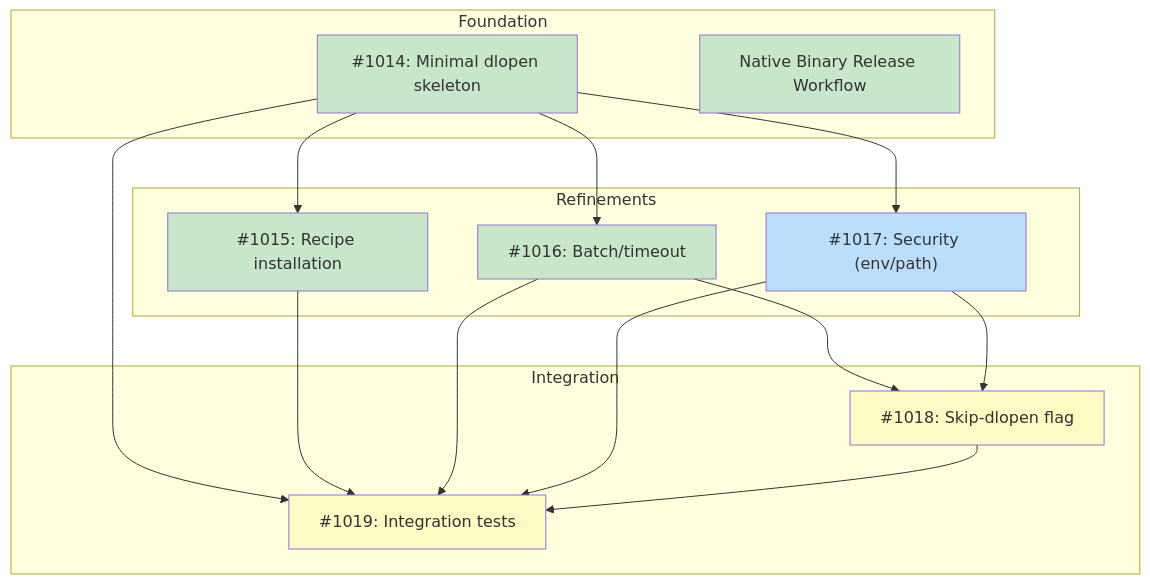
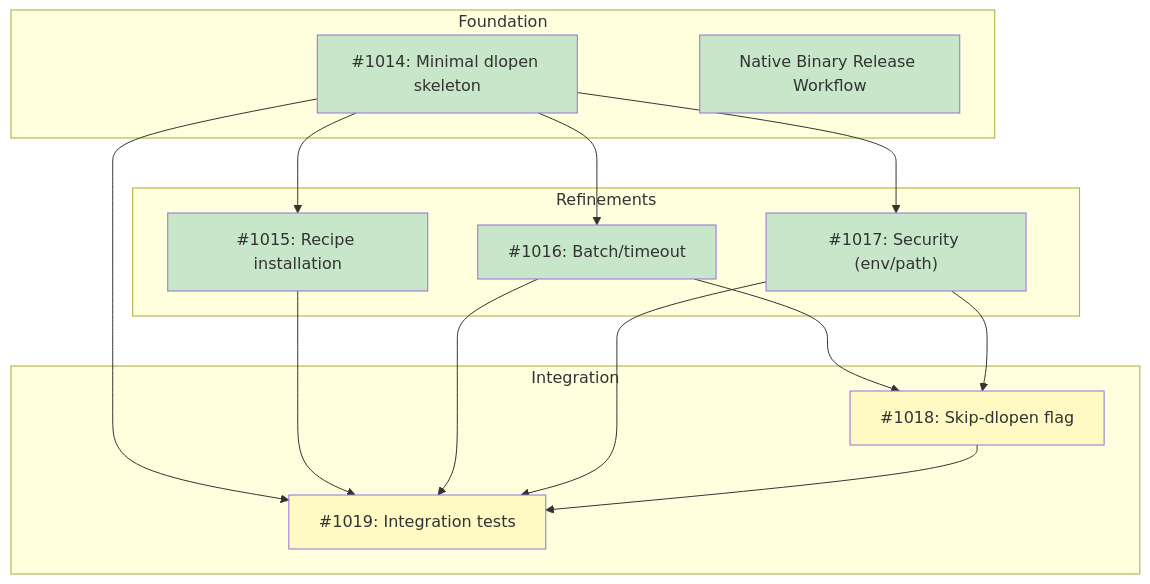
Before and after one commit to tsukumogami/tsuku: the diagram in docs/designs/DESIGN-library-verify-dlopen.md, drawn with Mermaid. The commit also changed 2 other files, not shown here.

Commit message:
feat(verify): add environment sanitization and path validation (#1080)
Add security measures to the dlopen helper invocation. The
`sanitizeEnvForHelper()` function strips dangerous loader variables
(LD_PRELOAD, LD_AUDIT, DYLD_INSERT_LIBRARIES, etc.) that could enable
code injection, and prepends `$TSUKU_HOME/libs` to library search paths.
The `validateLibraryPaths()` function canonicalizes paths via
`EvalSymlinks()` before validating they are within `$TSUKU_HOME/libs/`,
preventing both path traversal and symlink escape attacks.

````diff
--- a/docs/designs/DESIGN-library-verify-dlopen.md
+++ b/docs/designs/DESIGN-library-verify-dlopen.md
@@ -28,38 +28,37 @@
 ```mermaid
 graph TD
     subgraph Foundation["Foundation"]
         I1014["#1014: Minimal dlopen skeleton"]
         NBRW["Native Binary Release Workflow"]
     end
 
     subgraph Refinements["Refinements"]
         I1015["#1015: Recipe installation"]
         I1016["#1016: Batch/timeout"]
         I1017["#1017: Security (env/path)"]
     end
 
     subgraph Integration["Integration"]
         I1018["#1018: Skip-dlopen flag"]
         I1019["#1019: Integration tests"]
     end
 
     I1014 --> I1015
     I1014 --> I1016
     I1014 --> I1017
     I1016 --> I1018
     I1017 --> I1018
     I1014 --> I1019
     I1015 --> I1019
     I1016 --> I1019
     I1017 --> I1019
     I1018 --> I1019
 
     classDef done fill:#c8e6c9
     classDef ready fill:#bbdefb
     classDef blocked fill:#fff9c4
     classDef needsDesign fill:#e1bee7
 
-    class I1014,I1015,I1016,NBRW done
-    class I1017 ready
+    class I1014,I1015,I1016,I1017,NBRW done
     class I1018,I1019 blocked
 ```
````
